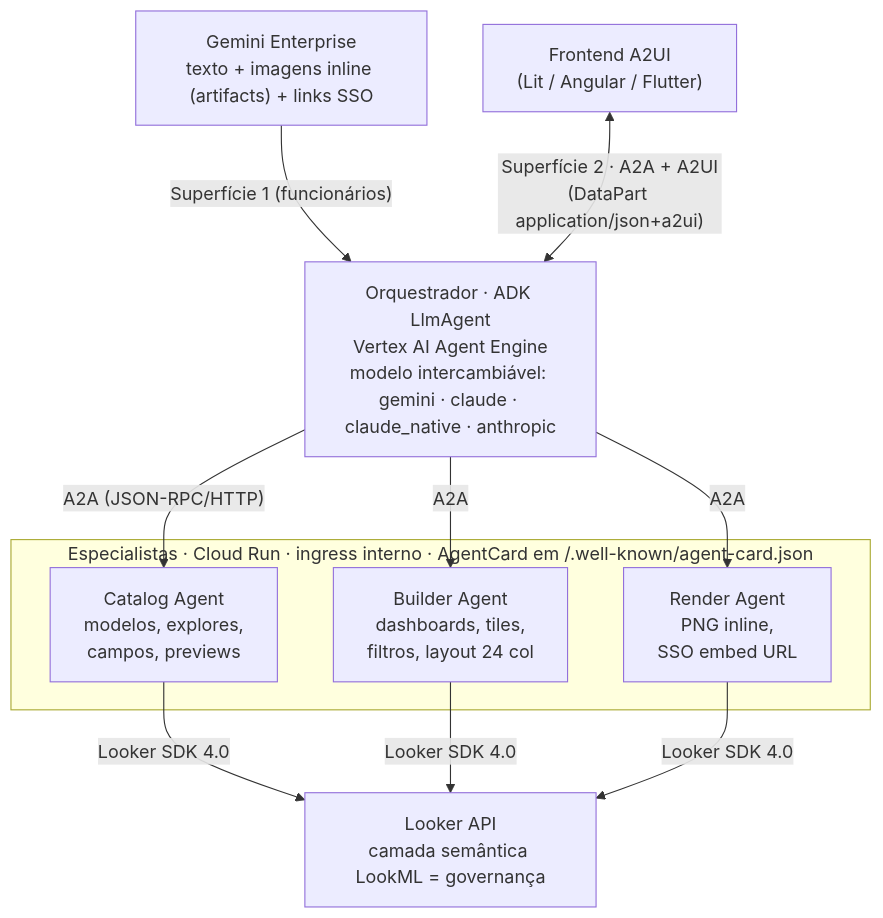
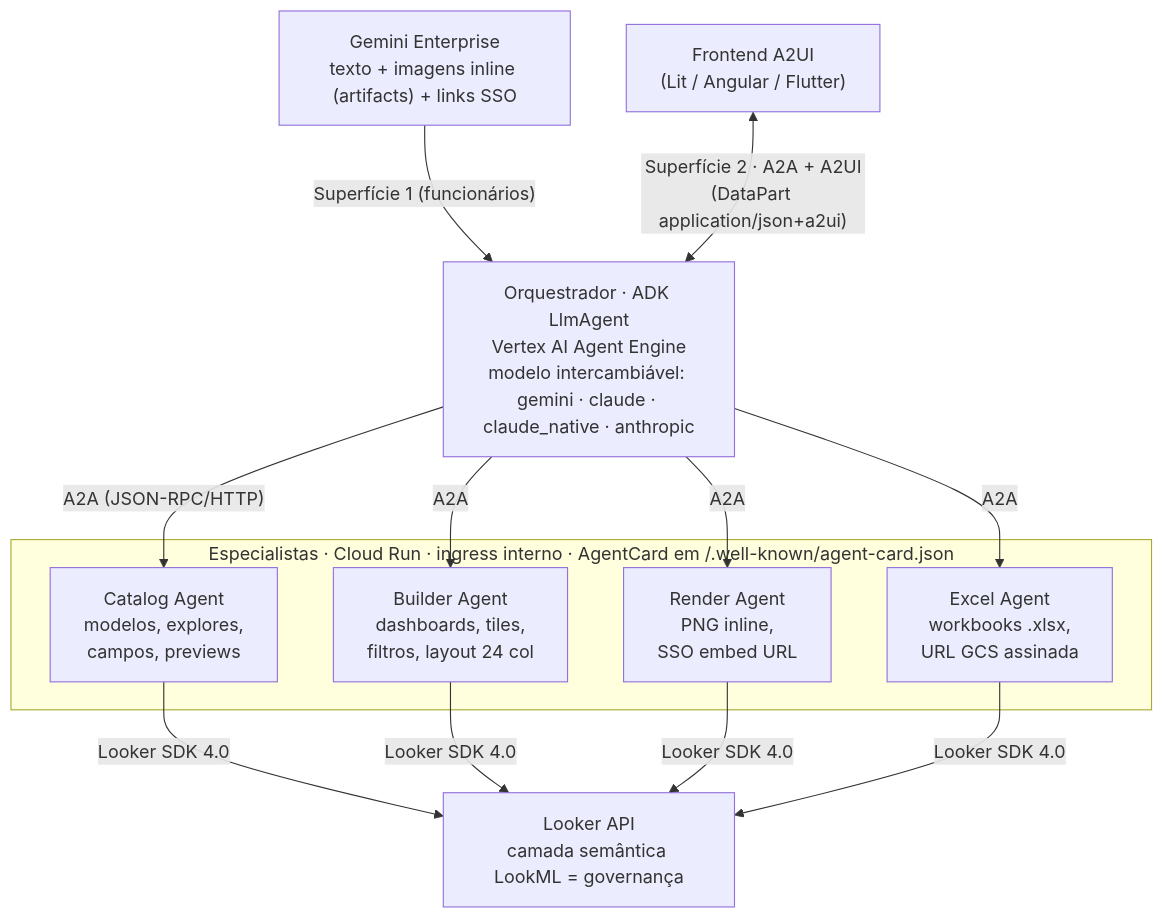
The first of 2 diagrams in README.pt.md (joseimj/bi-selfservice-agents), drawn with Mermaid before and after one commit. The commit also changed other lines of this file and 20 other files, not shown here.

````diff
--- a/README.pt.md
+++ b/README.pt.md
@@ -35,24 +35,27 @@
 ```mermaid
 flowchart TB
     GE["Gemini Enterprise<br/>texto + imagens inline (artifacts) + links SSO"]
     FE["Frontend A2UI<br/>(Lit / Angular / Flutter)"]
     ORQ["Orquestrador · ADK LlmAgent<br/>Vertex AI Agent Engine<br/>modelo intercambiável: gemini · claude · claude_native · anthropic"]
 
     GE -- "Superfície 1 (funcionários)" --> ORQ
     FE <-->|"Superfície 2 · A2A + A2UI<br/>(DataPart application/json+a2ui)"| ORQ
 
     subgraph ESP["Especialistas · Cloud Run · ingress interno · AgentCard em /.well-known/agent-card.json"]
         CAT["Catalog Agent<br/>modelos, explores,<br/>campos, previews"]
         BLD["Builder Agent<br/>dashboards, tiles,<br/>filtros, layout 24 col"]
         RND["Render Agent<br/>PNG inline,<br/>SSO embed URL"]
+        XLS["Excel Agent<br/>workbooks .xlsx,<br/>URL GCS assinada"]
     end
 
     ORQ -- "A2A (JSON-RPC/HTTP)" --> CAT
     ORQ -- "A2A" --> BLD
     ORQ -- "A2A" --> RND
+    ORQ -- "A2A" --> XLS
 
     LKR["Looker API<br/>camada semântica LookML = governança"]
     CAT -- "Looker SDK 4.0" --> LKR
     BLD -- "Looker SDK 4.0" --> LKR
     RND -- "Looker SDK 4.0" --> LKR
+    XLS -- "Looker SDK 4.0" --> LKR
 ```
````
